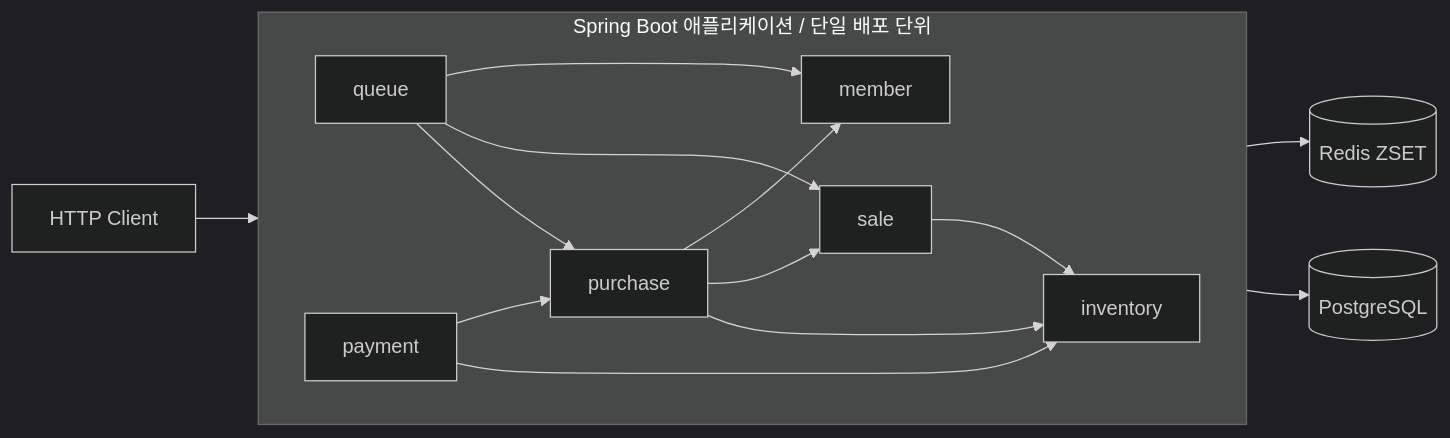
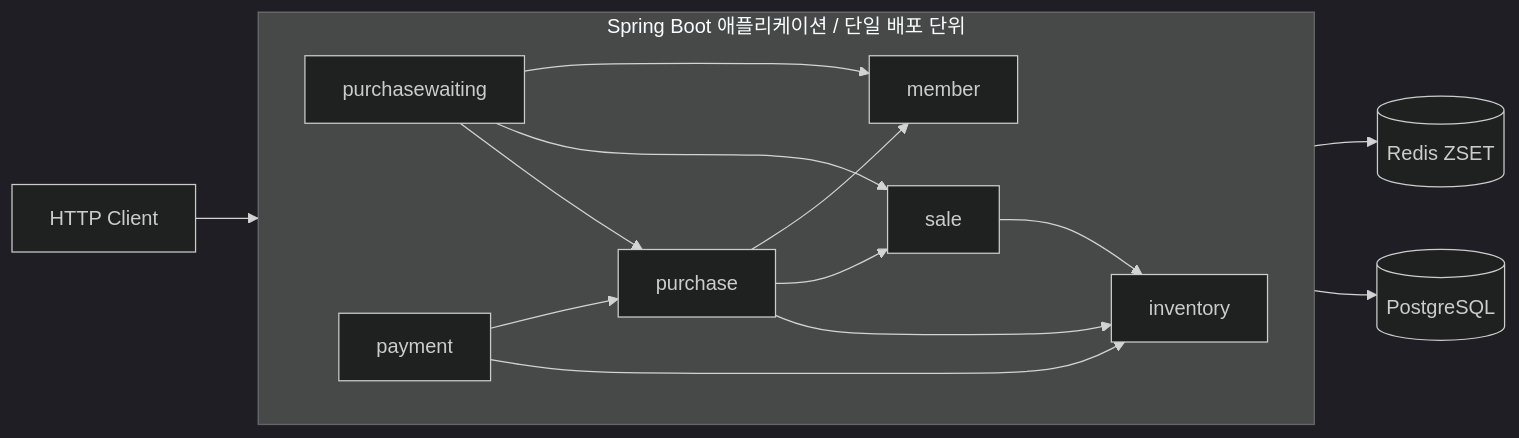
One commit to DevelopHeon/limited-ticketing changed the first of 3 diagrams in README.md. Above: the diagram before and after it, drawn with Mermaid (dark theme). The commit also changed other lines of this file and 120 other files, not shown here.

````diff
--- a/README.md
+++ b/README.md
@@ -23,27 +23,27 @@
 ```mermaid
 flowchart LR
     Client["HTTP Client"] --> App
 
     subgraph App["Spring Boot 애플리케이션 / 단일 배포 단위"]
         direction LR
         Member["member"]
         Sale["sale"]
         Inventory["inventory"]
         Purchase["purchase"]
         Payment["payment"]
-        Queue["queue"]
+        PurchaseWaiting["purchasewaiting"]
 
-        Queue --> Member
-        Queue --> Sale
-        Queue --> Purchase
+        PurchaseWaiting --> Member
+        PurchaseWaiting --> Sale
+        PurchaseWaiting --> Purchase
         Purchase --> Member
         Purchase --> Sale
         Purchase --> Inventory
         Payment --> Purchase
         Payment --> Inventory
         Sale --> Inventory
     end
 
     App --> PostgreSQL[(PostgreSQL)]
-    Queue --> Redis[(Redis ZSET)]
+    PurchaseWaiting --> Redis[(Redis ZSET)]
 ```
````
